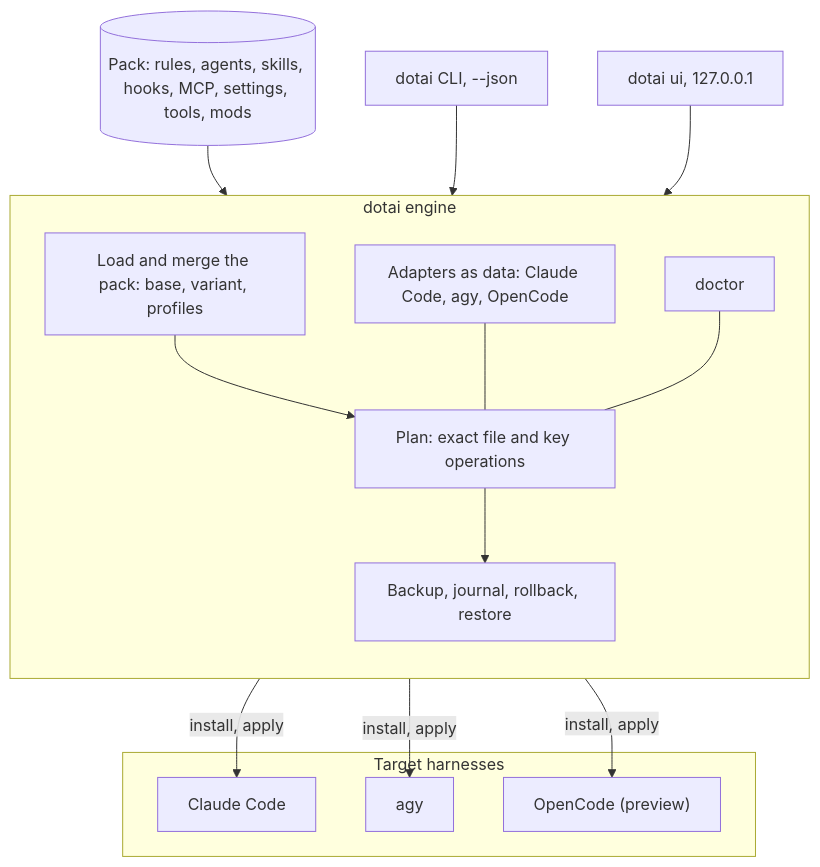
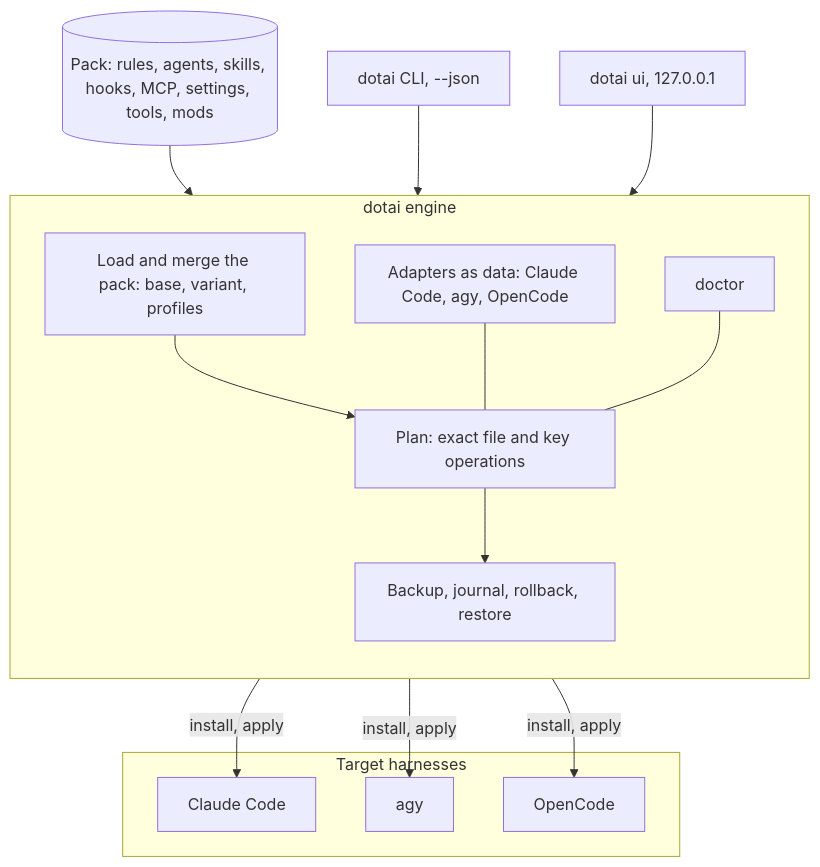
Before and after one commit to Lartweib/dotai: the first of 3 diagrams in docs/ARCHITECTURE.md, drawn with Mermaid. The commit also changed other lines of this file and 17 other files, not shown here.

First line of the commit message:
feat(harness): promote OpenCode to supported

````diff
--- a/docs/ARCHITECTURE.md
+++ b/docs/ARCHITECTURE.md
@@ -19,30 +19,30 @@
 ```mermaid
 flowchart TB
   subgraph DOTAI["dotai engine"]
     direction TB
     LOAD["Load and merge the pack: base, variant, profiles"]
     PLAN["Plan: exact file and key operations"]
     SAFE["Backup, journal, rollback, restore"]
     ADP["Adapters as data: Claude Code, agy, OpenCode"]
     DOC["doctor"]
     LOAD --> PLAN
     ADP --- PLAN
     PLAN --> SAFE
     DOC --- PLAN
   end
 
   PACK[("Pack: rules, agents, skills, hooks, MCP, settings, tools, mods")]
   PACK --> LOAD
   CLI["dotai CLI, --json"] --> DOTAI
   UI["dotai ui, 127.0.0.1"] --> DOTAI
 
   subgraph HARNESS["Target harnesses"]
     CC["Claude Code"]
     AGY["agy"]
-    OC["OpenCode (preview)"]
+    OC["OpenCode"]
   end
 
   DOTAI -- "install, apply" --> CC
   DOTAI -- "install, apply" --> AGY
   DOTAI -- "install, apply" --> OC
 ```
````
